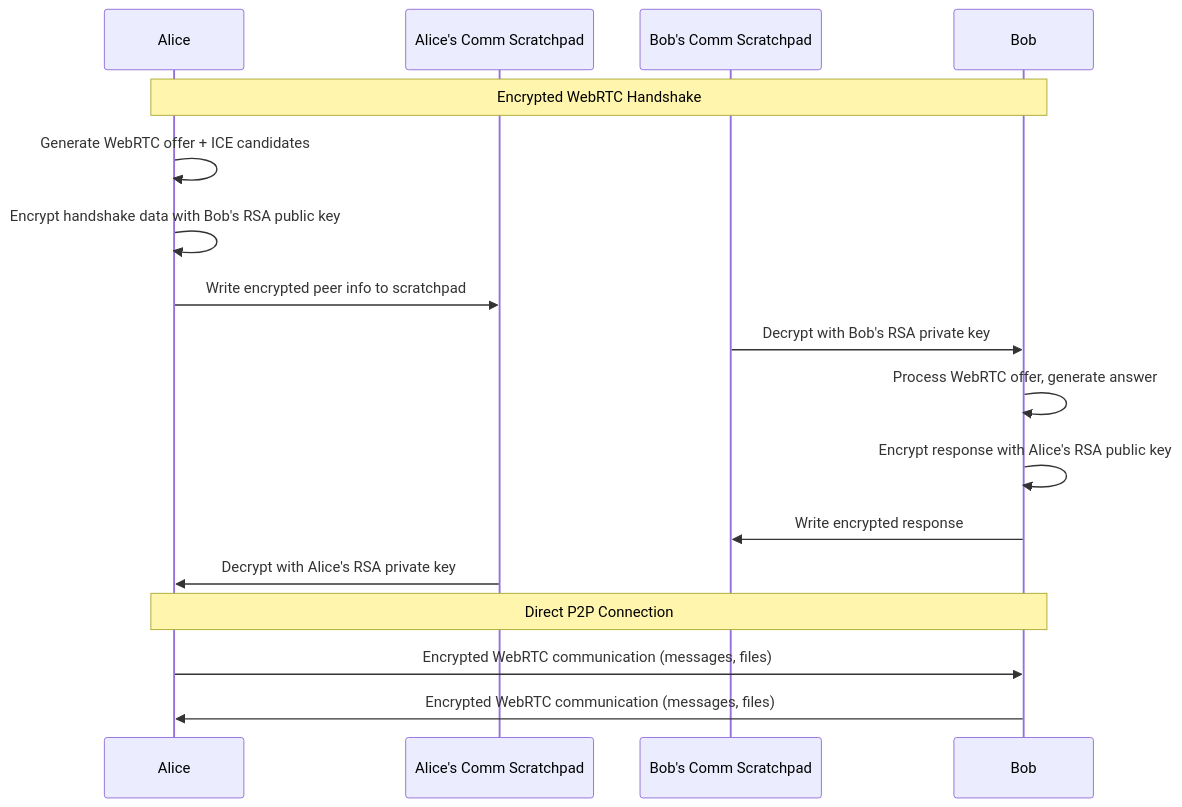
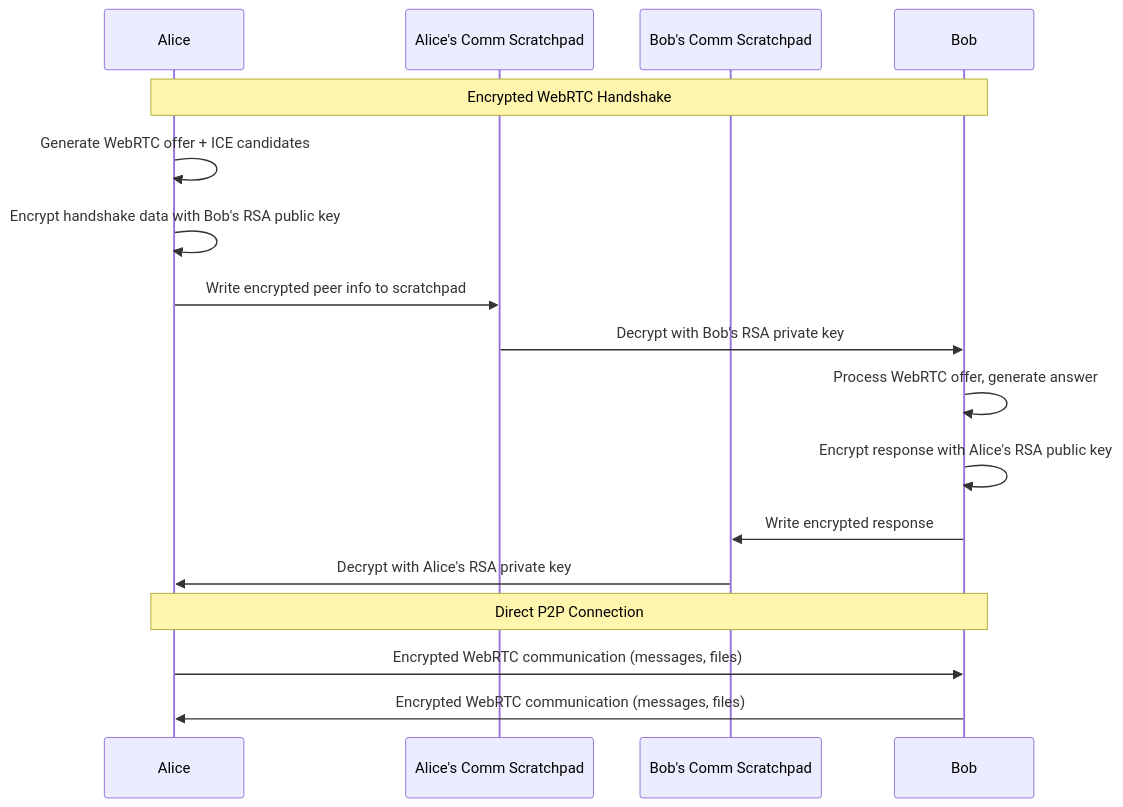
Before and after one commit to rid-dim/friends: the third of 4 diagrams in README.md, drawn with Mermaid.

Commit message:
README.md aktualisiert

````diff
--- a/README.md
+++ b/README.md
@@ -124,23 +124,23 @@
 ```mermaid
 sequenceDiagram
     participant A as Alice
     participant ACS as Alice's Comm Scratchpad
     participant BCS as Bob's Comm Scratchpad
     participant B as Bob
 
     Note over A,B: Encrypted WebRTC Handshake
     A->>A: Generate WebRTC offer + ICE candidates
     A->>A: Encrypt handshake data with Bob's RSA public key
     A->>ACS: Write encrypted peer info to scratchpad
     
-    BCS->>B: Decrypt with Bob's RSA private key
+    ACS->>B: Decrypt with Bob's RSA private key
     B->>B: Process WebRTC offer, generate answer
     B->>B: Encrypt response with Alice's RSA public key
     B->>BCS: Write encrypted response
 
-    ACS->>A: Decrypt with Alice's RSA private key
+    BCS->>A: Decrypt with Alice's RSA private key
 
     Note over A,B: Direct P2P Connection
     A->>B: Encrypted WebRTC communication (messages, files)
     B->>A: Encrypted WebRTC communication (messages, files)
 ```
````
